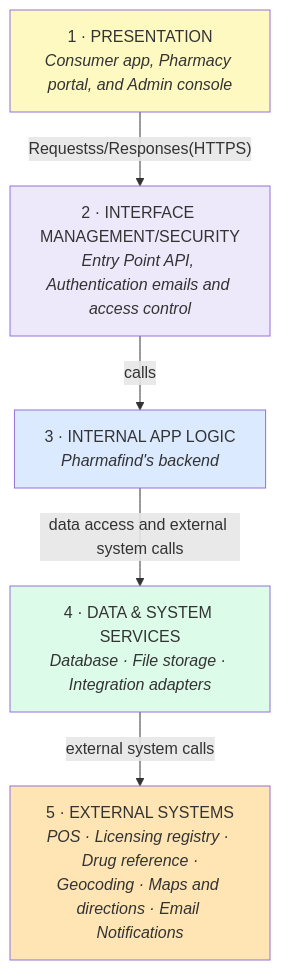
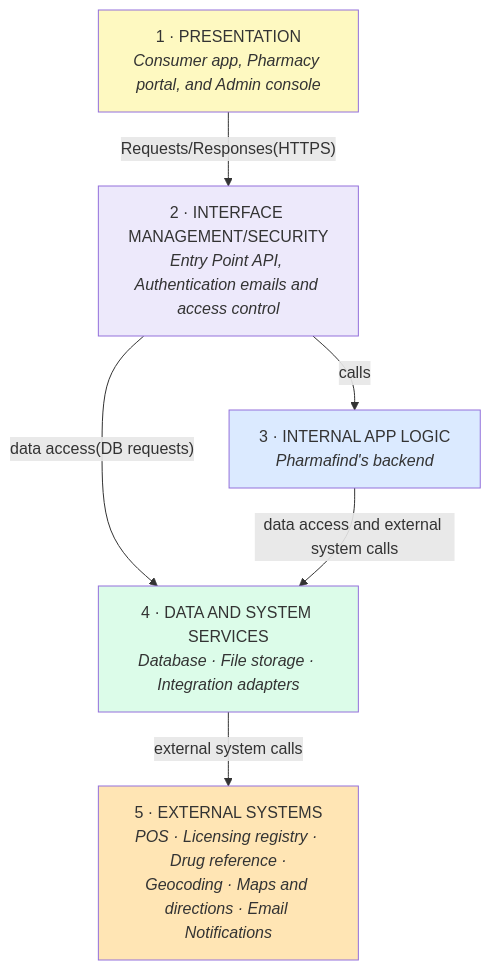
The diagram in architecture_diagram/architecture_diagram_overview.mmd (sander15/Pharma-Finder), drawn with Mermaid before and after one commit.

Commit message:
Added connection from L2(Interface Manager) toL4(Data block/layer)

```diff
--- a/architecture_diagram/architecture_diagram_overview.mmd
+++ b/architecture_diagram/architecture_diagram_overview.mmd
@@ -1,22 +1,23 @@
 flowchart TB
     L1["1 · PRESENTATION<br/><i>Consumer app, Pharmacy portal, and Admin console</i>"]
     L2["2 · INTERFACE MANAGEMENT/SECURITY<br/><i>Entry Point API, Authentication emails and access control</i>"]
     L3["3 · INTERNAL APP LOGIC<br/><i>Pharmafind's backend</i>"]
-    L4["4 · DATA & SYSTEM SERVICES<br/><i>Database · File storage · Integration adapters</i>"]
+    L4["4 · DATA AND SYSTEM SERVICES<br/><i>Database · File storage · Integration adapters</i>"]
     L5["5 · EXTERNAL SYSTEMS<br/><i>POS · Licensing registry · Drug reference ·<br/>Geocoding · Maps and directions · Email Notifications</i>"]
 
-    L1 -->|"Requestss/Responses(HTTPS)"| L2
+    L1 -->|"Requests/Responses(HTTPS)"| L2
     L2 -->|"calls"| L3
+    L2 -->|"data access(DB requests)"| L4
     L3 -->|"data access and external system calls"| L4
     L4 -->|"external system calls"| L5
 
     classDef client fill:#fef9c1;
     classDef entry_api fill:#ede9fb;
     classDef app_backend fill:#dbeaff;
     classDef app_data fill:#dcfce9;
     classDef ext_systems fill:#ffe5b4;
     class L1 client;
     class L2 entry_api;
     class L3 app_backend;
     class L4 app_data;
     class L5 ext_systems;
```
